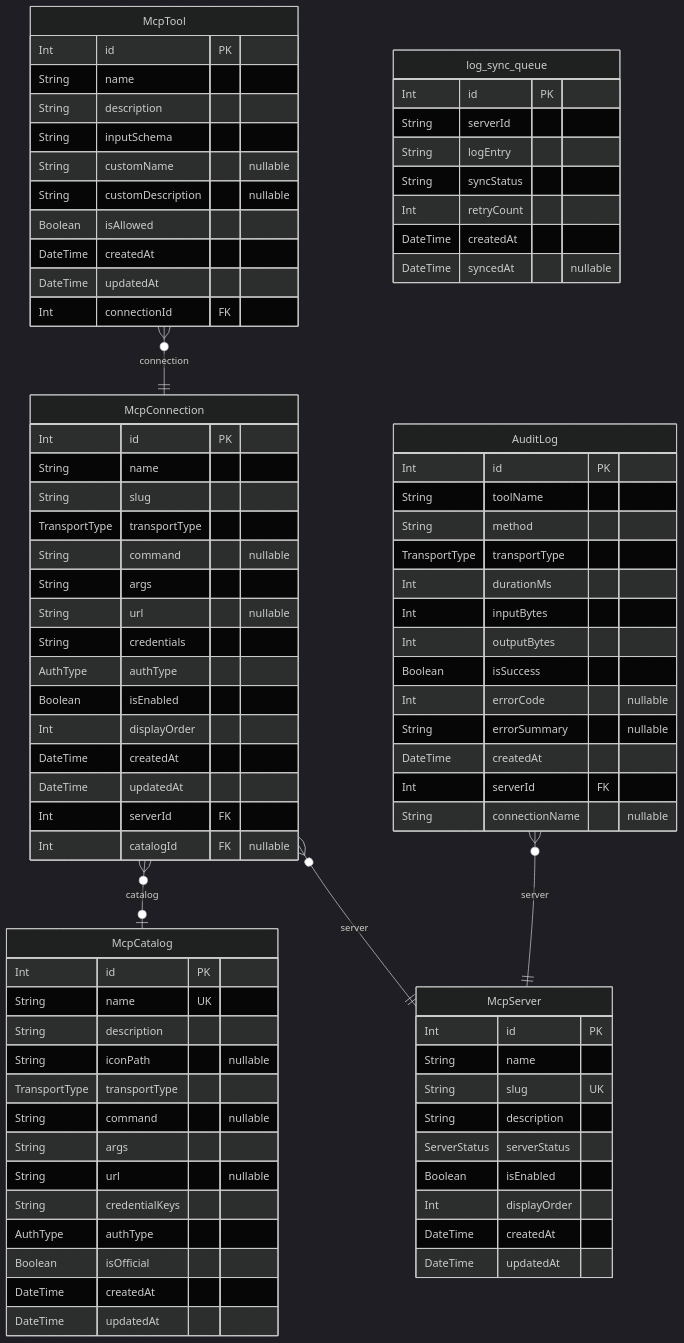
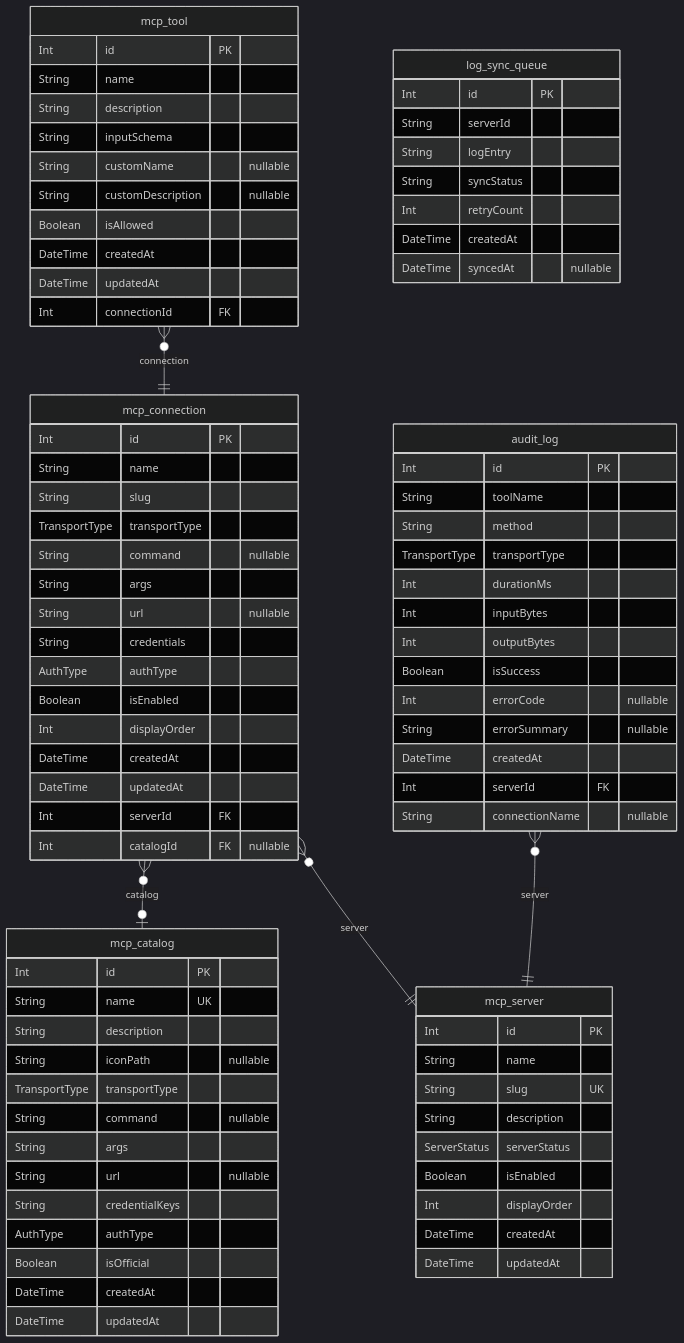
The second of 2 diagrams in apps/desktop/prisma/README.md (rayven122/tumiki), drawn with Mermaid (dark theme) before and after one commit. The commit also changed other lines of this file and 3 other files, not shown here.

````diff
--- a/apps/desktop/prisma/README.md
+++ b/apps/desktop/prisma/README.md
@@ -35,6 +35,6 @@
 ```mermaid
 erDiagram
-"McpCatalog" {
+"mcp_catalog" {
   Int id PK
   String name UK
   String description
@@ -49,7 +49,7 @@
   DateTime createdAt
   DateTime updatedAt
 }
-"McpConnection" {
+"mcp_connection" {
   Int id PK
   String name
   String slug
@@ -66,7 +66,7 @@
   Int serverId FK
   Int catalogId FK "nullable"
 }
-"McpTool" {
+"mcp_tool" {
   Int id PK
   String name
   String description
@@ -78,7 +78,7 @@
   DateTime updatedAt
   Int connectionId FK
 }
-"McpServer" {
+"mcp_server" {
   Int id PK
   String name
   String slug UK
@@ -98,7 +98,7 @@
   DateTime createdAt
   DateTime syncedAt "nullable"
 }
-"AuditLog" {
+"audit_log" {
   Int id PK
   String toolName
   String method
@@ -113,8 +113,8 @@
   Int serverId FK
   String connectionName "nullable"
 }
-"McpConnection" }o--|| "McpServer" : server
-"McpConnection" }o--o| "McpCatalog" : catalog
-"McpTool" }o--|| "McpConnection" : connection
-"AuditLog" }o--|| "McpServer" : server
+"mcp_connection" }o--|| "mcp_server" : server
+"mcp_connection" }o--o| "mcp_catalog" : catalog
+"mcp_tool" }o--|| "mcp_connection" : connection
+"audit_log" }o--|| "mcp_server" : server
 ```
````
